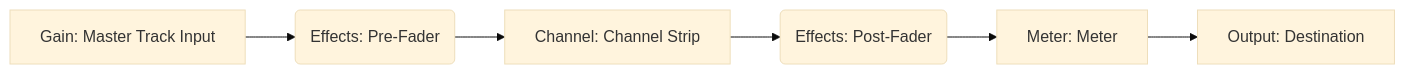
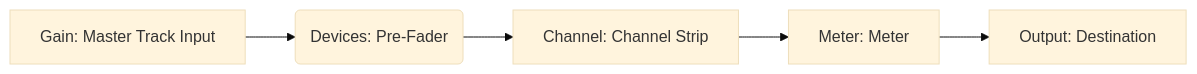
The ninth of 9 diagrams in README.md (yannmazita/daw.ts), drawn with Mermaid (base theme) before and after one commit. The commit also changed other lines of this file, not shown here.

````diff
--- a/README.md
+++ b/README.md
@@ -223,8 +222,7 @@
 ```mermaid
     graph LR
-        A[Gain: Master Track Input] --> B(Effects: Pre-Fader);
+        A[Gain: Master Track Input] --> B(Devices: Pre-Fader);
         B --> C[Channel: Channel Strip];
-        C --> D(Effects: Post-Fader);
-        D --> E[Meter: Meter];
-        E --> F[Output: Destination];
+        C --> D[Meter: Meter];
+        D --> E[Output: Destination];
 ```
````
